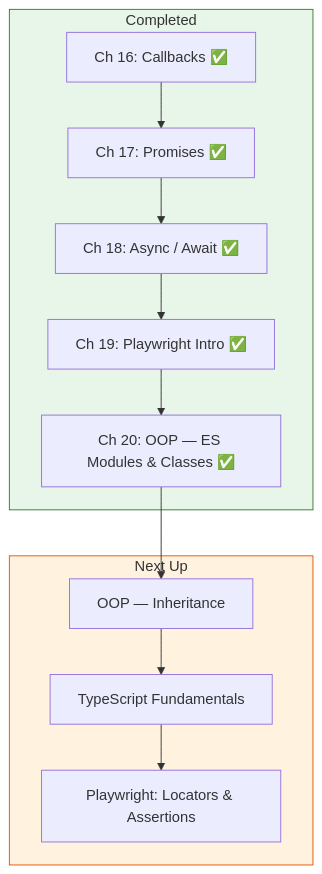
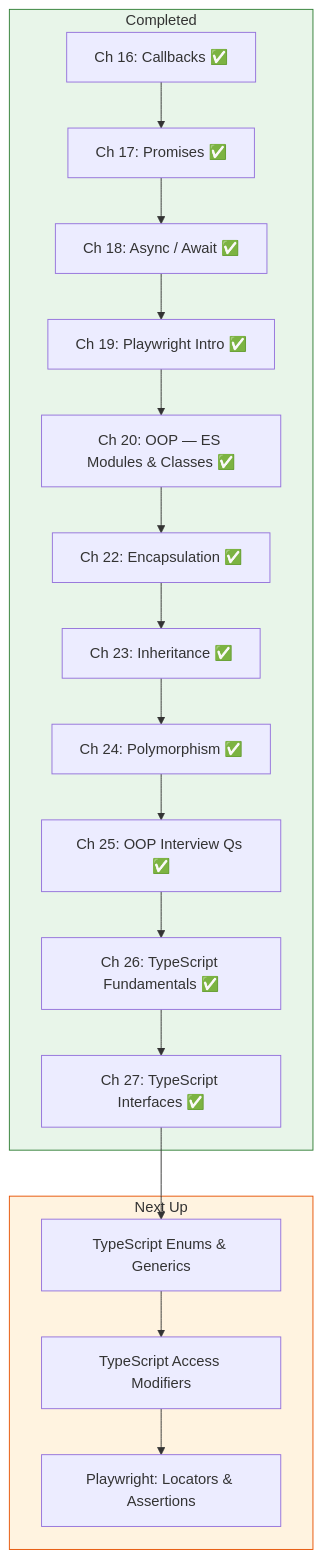
Diagram 43 of 45 in README.md (harsh-0541/LearnPlaywrightBatch2x), drawn with Mermaid before and after one commit. The commit also changed other lines of this file and 38 other files, not shown here.

First line of the commit message:
docs: add Chapters 22–27 (OOP Pillars & TypeScript) to README

````diff
--- a/README.md
+++ b/README.md
@@ -3412,20 +3905,26 @@
 ```mermaid
 graph TD
     subgraph done["Completed"]
         D1[Ch 16: Callbacks ✅] --> D2[Ch 17: Promises ✅]
         D2 --> D3[Ch 18: Async / Await ✅]
         D3 --> D4[Ch 19: Playwright Intro ✅]
         D4 --> D5[Ch 20: OOP — ES Modules & Classes ✅]
+        D5 --> D6[Ch 22: Encapsulation ✅]
+        D6 --> D7[Ch 23: Inheritance ✅]
+        D7 --> D8[Ch 24: Polymorphism ✅]
+        D8 --> D9[Ch 25: OOP Interview Qs ✅]
+        D9 --> D10[Ch 26: TypeScript Fundamentals ✅]
+        D10 --> D11[Ch 27: TypeScript Interfaces ✅]
     end
 
     subgraph next["Next Up"]
-        N1[OOP — Inheritance]
-        N2[TypeScript Fundamentals]
+        N1[TypeScript Enums & Generics]
+        N2[TypeScript Access Modifiers]
         N3[Playwright: Locators & Assertions]
     end
 
-    D5 --> N1 --> N2 --> N3
+    D11 --> N1 --> N2 --> N3
 
     style done fill:#e8f5e9,stroke:#2e7d32
     style next fill:#fff3e0,stroke:#e65100
 ```
````
